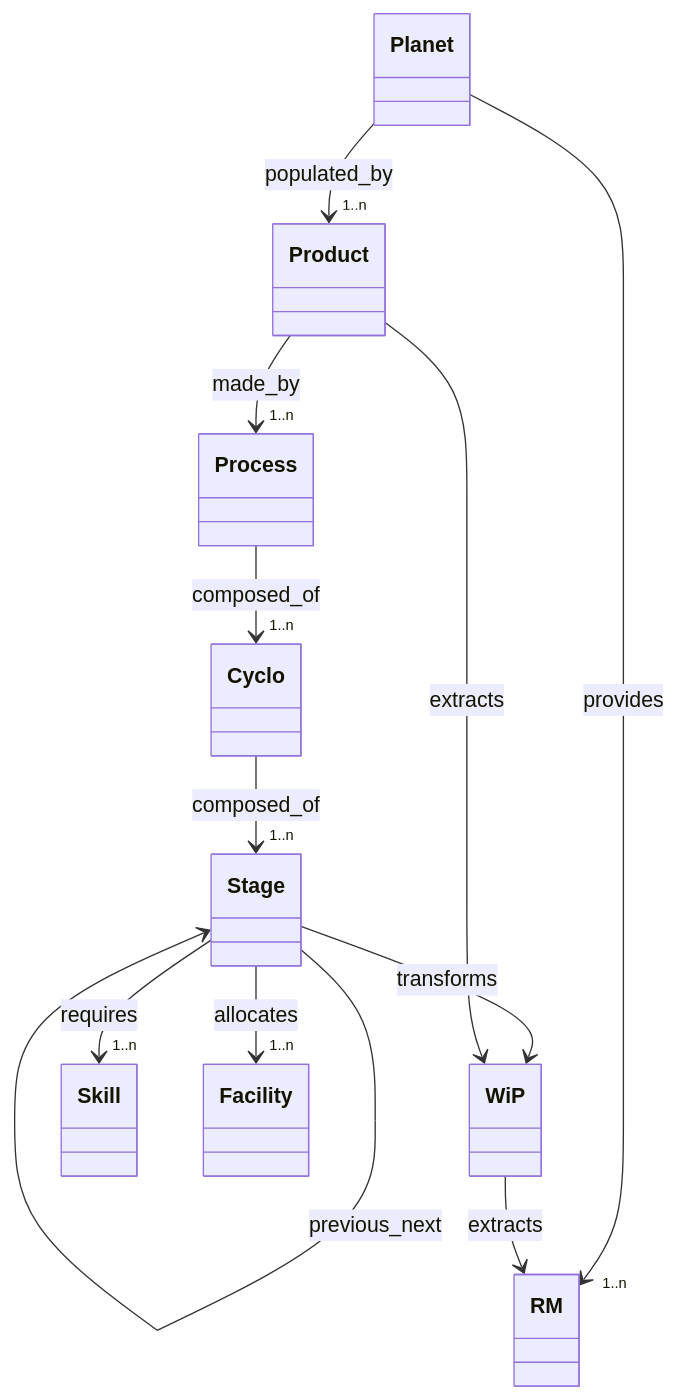
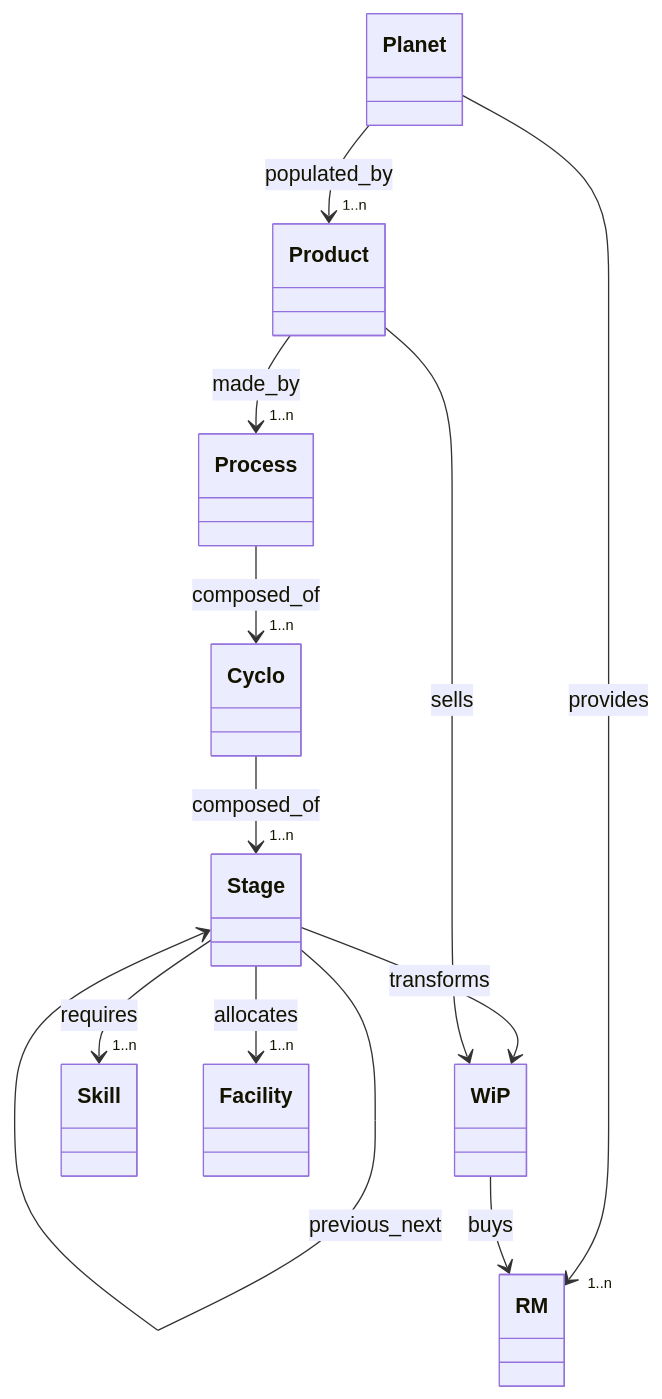
One commit to bampli/specs changed the diagram in content/docs/planet/_index.md. Above: the diagram before and after it, drawn with Mermaid.

Commit message:
rev planet WiP buy RM & sell Product

```diff
--- a/content/docs/planet/_index.md
+++ b/content/docs/planet/_index.md
@@ -11,14 +11,14 @@
 {{< mermaid >}}
 classDiagram
     Planet --> "1..n" Product : populated_by
     Planet --> "1..n" RM : provides
     Product --> "1..n" Process : made_by
     Process --> "1..n" Cyclo : composed_of
     Cyclo --> "1..n" Stage : composed_of
     Stage --> Stage : previous_next
-    WiP --> RM : extracts
+    WiP --> RM : buys
     Stage --> WiP : transforms
-    Product --> WiP : extracts
+    Product --> WiP : sells
     Stage --> "1..n" Skill : requires
     Stage --> "1..n" Facility : allocates
 {{< /mermaid >}}
```
